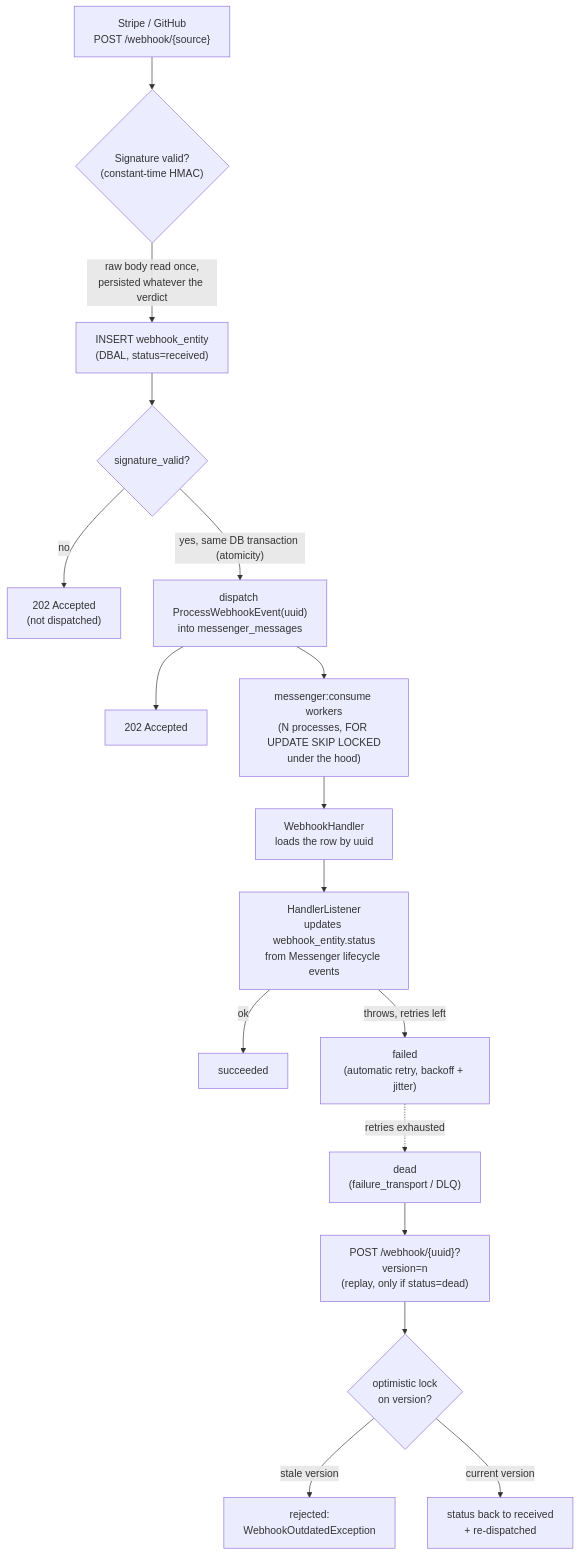
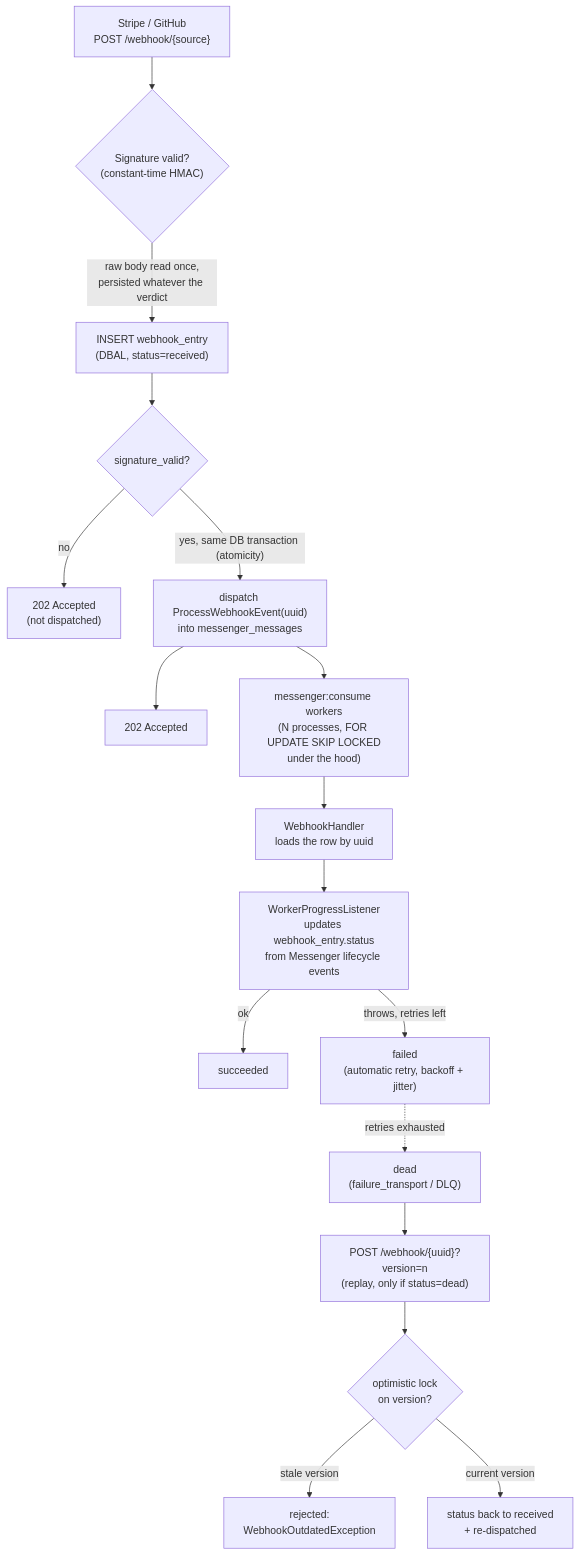
Before and after one commit to adaniloff/webhook-ledger: the diagram in README.md, drawn with Mermaid. The commit also changed other lines of this file and 4 other files, not shown here.

````diff
--- a/README.md
+++ b/README.md
@@ -39,21 +39,21 @@
 ```mermaid
 flowchart TD
     A["Stripe / GitHub<br/>POST /webhook/{source}"] --> B{"Signature valid?<br/>(constant-time HMAC)"}
-    B -->|raw body read once,<br/>persisted whatever the verdict| C["INSERT webhook_entity<br/>(DBAL, status=received)"]
+    B -->|raw body read once,<br/>persisted whatever the verdict| C["INSERT webhook_entry<br/>(DBAL, status=received)"]
     C --> D{"signature_valid?"}
     D -->|no| E["202 Accepted<br/>(not dispatched)"]
     D -->|"yes, same DB transaction (atomicity)"| F["dispatch ProcessWebhookEvent(uuid)<br/>into messenger_messages"]
     F --> E2["202 Accepted"]
 
     F --> G["messenger:consume workers<br/>(N processes, FOR UPDATE SKIP LOCKED<br/>under the hood)"]
     G --> H["WebhookHandler<br/>loads the row by uuid"]
-    H --> I["HandlerListener<br/>updates webhook_entity.status<br/>from Messenger lifecycle events"]
+    H --> I["WorkerProgressListener<br/>updates webhook_entry.status<br/>from Messenger lifecycle events"]
     I -->|ok| S["succeeded"]
     I -->|throws, retries left| RT["failed<br/>(automatic retry, backoff + jitter)"]
     RT -.retries exhausted.-> DEAD["dead<br/>(failure_transport / DLQ)"]
 
     DEAD --> R["POST /webhook/{uuid}?version=n<br/>(replay, only if status=dead)"]
     R --> RC{"optimistic lock<br/>on version?"}
     RC -->|stale version| RE["rejected:<br/>WebhookOutdatedException"]
     RC -->|current version| RS["status back to received<br/>+ re-dispatched"]
 ```
````
